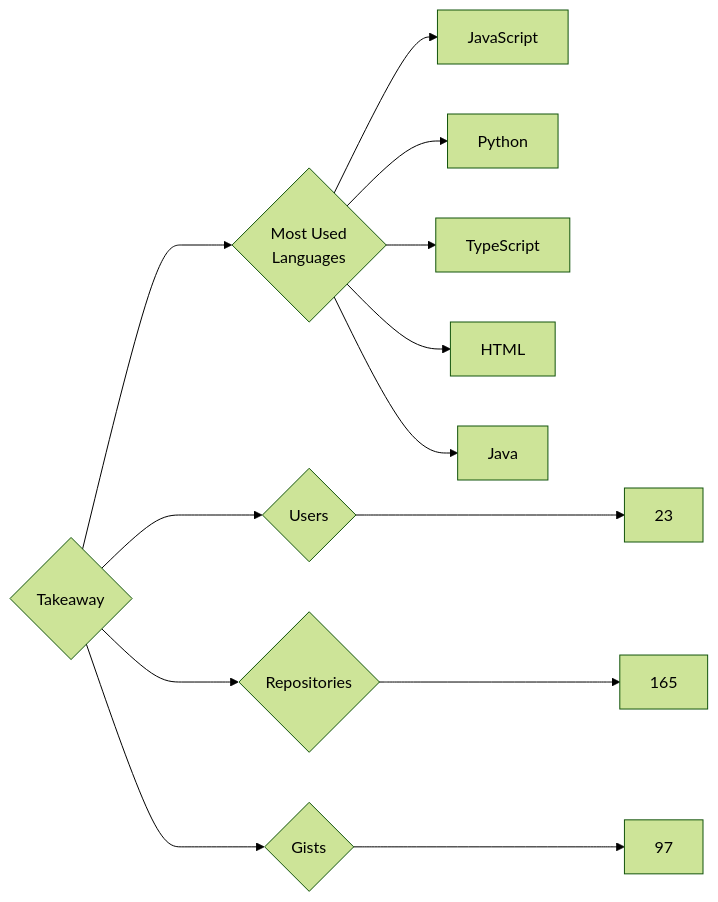
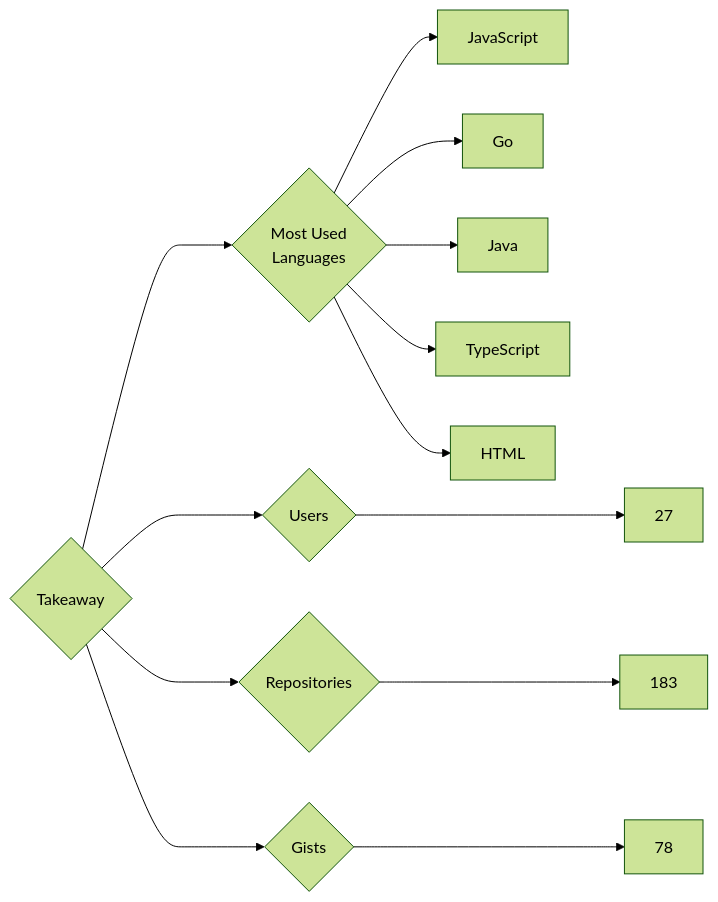
Before and after one commit to trickest/insiders: the diagram in targets/Takeaway/README.md, drawn with Mermaid (forest theme). The commit also changed 964 other files, not shown here.

````diff
--- a/targets/Takeaway/README.md
+++ b/targets/Takeaway/README.md
@@ -3,13 +3,13 @@
 ```mermaid
 graph LR
 COMPANY_NAME{Takeaway}
-COMPANY_NAME ---> U{Users} ---> UN[23]
-COMPANY_NAME ---> R{Repositories} ---> RN[165]
-COMPANY_NAME ---> G{Gists} ---> GN[97]
+COMPANY_NAME ---> U{Users} ---> UN[27]
+COMPANY_NAME ---> R{Repositories} ---> RN[183]
+COMPANY_NAME ---> G{Gists} ---> GN[78]
 COMPANY_NAME ---> ML{Most Used<br>Languages}
 ML --> JavaScript[JavaScript]
-ML --> Python[Python]
+ML --> Go[Go]
+ML --> Java[Java]
 ML --> TypeScript[TypeScript]
 ML --> HTML[HTML]
-ML --> Java[Java]
 ```
````
